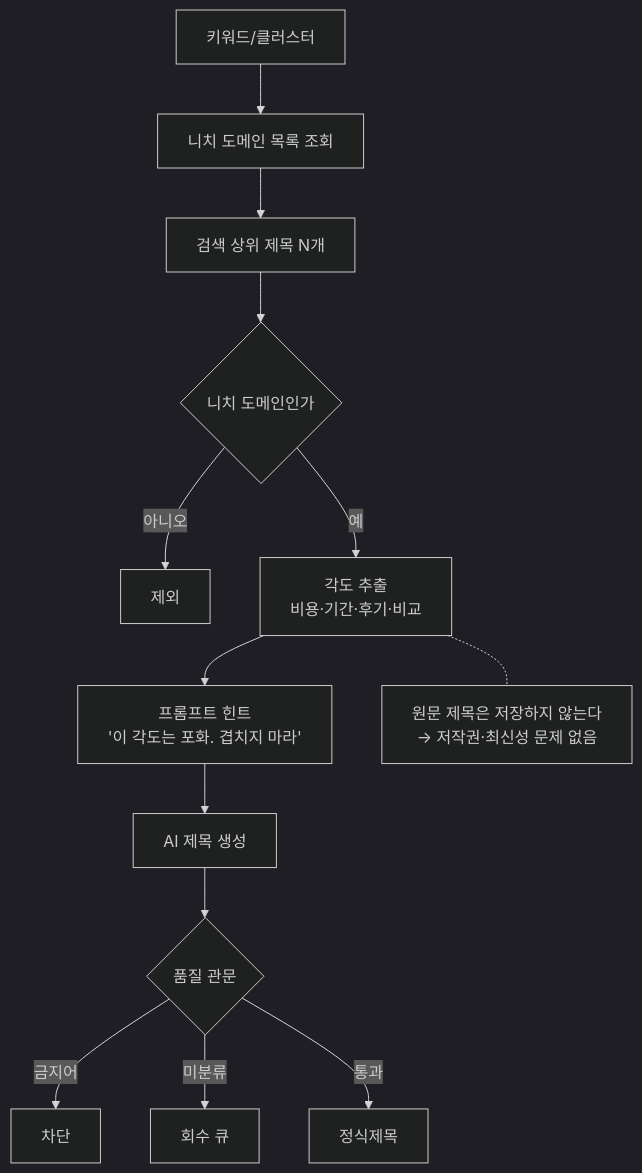
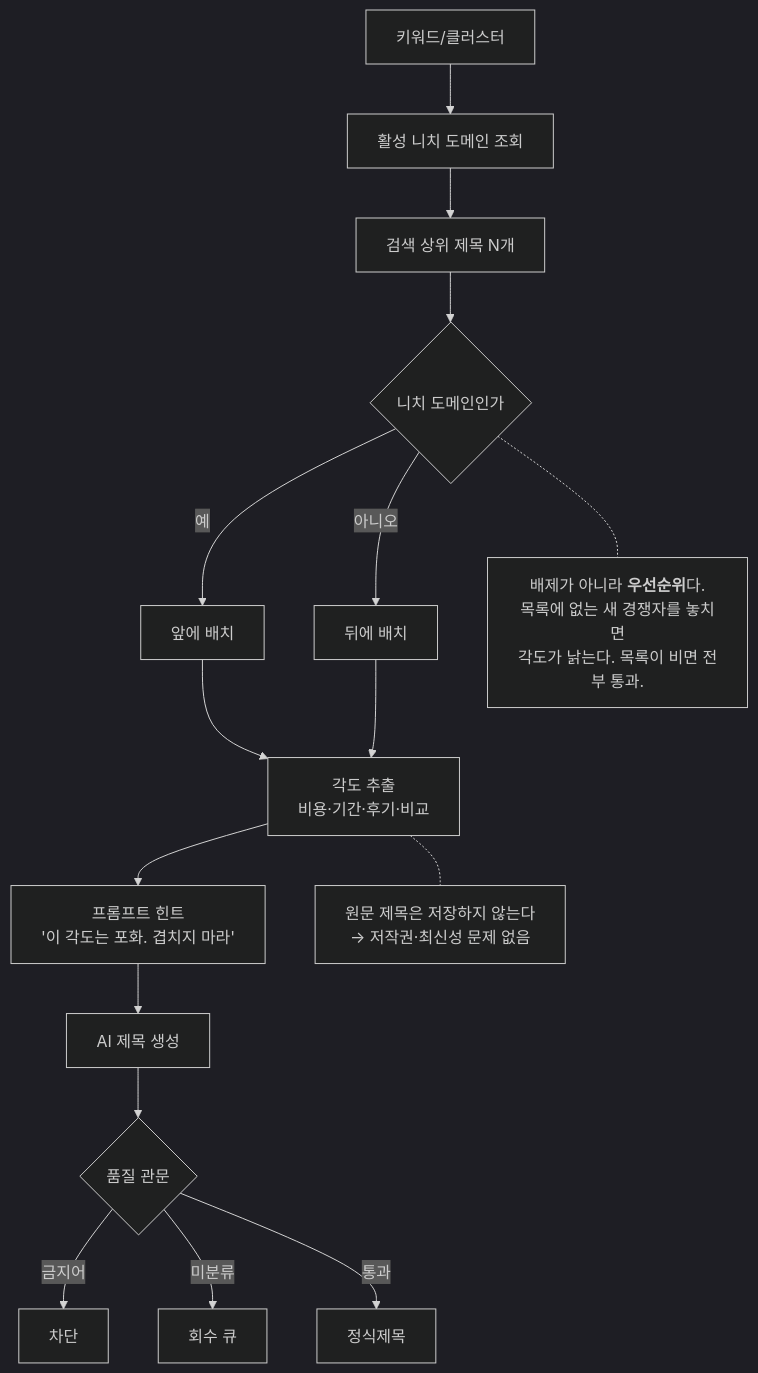
Before and after one commit to jteen-lab/blogauto_v2: the third of 4 diagrams in services/republish/docs/flowcharts/title_pipeline.md, drawn with Mermaid (dark theme). The commit also changed 1 other file, not shown here.

Commit message:
docs(title): 각도 조회를 배제→우선순위로 정정, T1·T3 완료 반영
Claude-Session: https://claude.ai/code/session_01V3v3paVKrRaxyL7n3QMPdV

````diff
--- a/services/republish/docs/flowcharts/title_pipeline.md
+++ b/services/republish/docs/flowcharts/title_pipeline.md
@@ -54,17 +54,20 @@
 ```mermaid
 flowchart TD
-    A[키워드/클러스터] --> B[니치 도메인 목록 조회]
+    A[키워드/클러스터] --> B[활성 니치 도메인 조회]
     B --> C[검색 상위 제목 N개]
     C --> D{니치 도메인인가}
-    D -->|아니오| X[제외]
-    D -->|예| E[각도 추출<br/>비용·기간·후기·비교]
+    D -->|예| D1[앞에 배치]
+    D -->|아니오| D2[뒤에 배치]
+    D1 & D2 --> E[각도 추출<br/>비용·기간·후기·비교]
     E --> F["프롬프트 힌트<br/>'이 각도는 포화. 겹치지 마라'"]
     F --> G[AI 제목 생성]
     G --> H{품질 관문}
     H -->|금지어| X2[차단]
     H -->|미분류| Q[회수 큐]
     H -->|통과| I[정식제목]
 
     note["원문 제목은 저장하지 않는다<br/>→ 저작권·최신성 문제 없음"]
     E -.- note
+    note2["배제가 아니라 <b>우선순위</b>다.<br/>목록에 없는 새 경쟁자를 놓치면<br/>각도가 낡는다. 목록이 비면 전부 통과."]
+    D -.- note2
 ```
````
